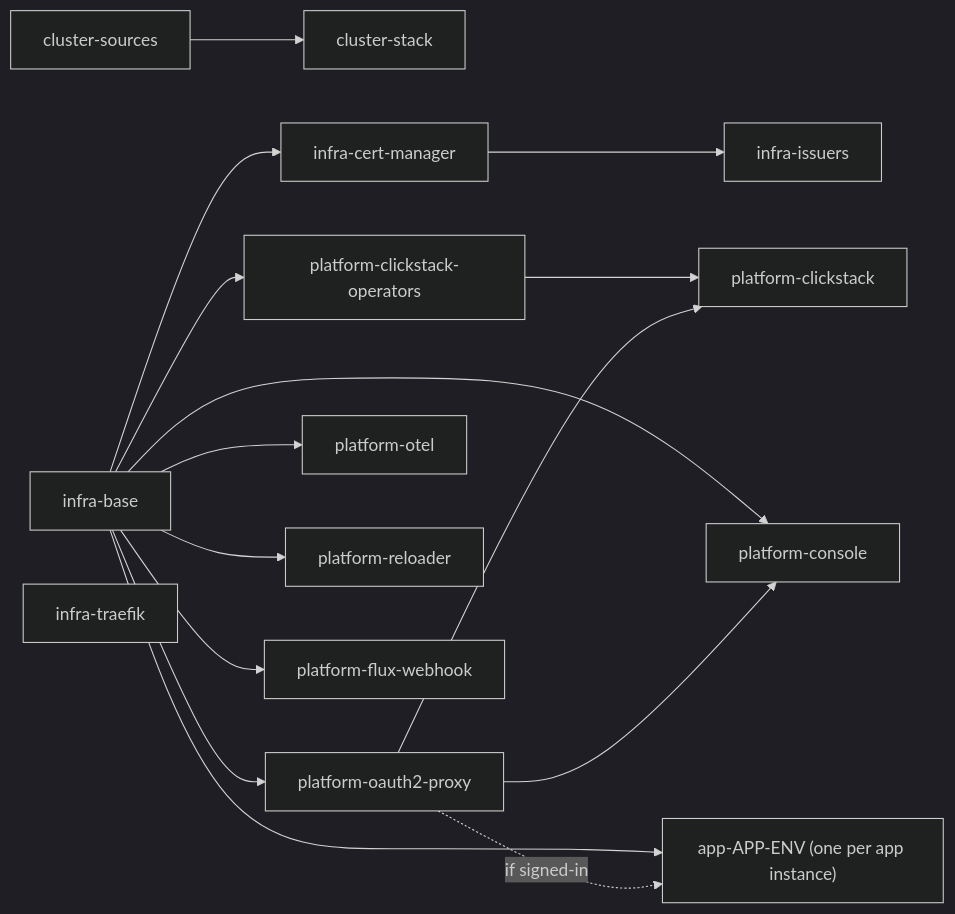
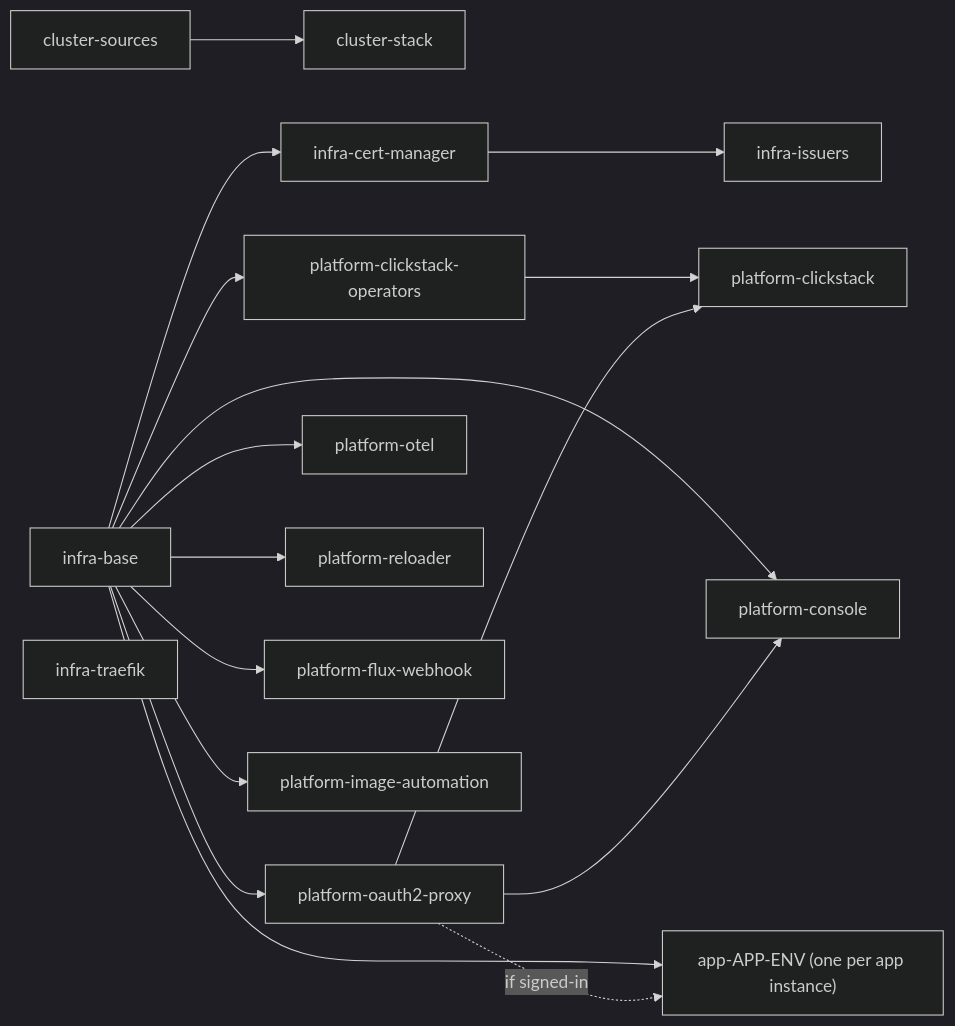
One commit to samclement/swhurl-platform changed the first of 5 diagrams in docs/architecture.md. Above: the diagram before and after it, drawn with Mermaid (dark theme). The commit also changed other lines of this file and 22 other files, not shown here.

First line of the commit message:
feat: Flux image automation deploys template apps to staging

````diff
--- a/docs/architecture.md
+++ b/docs/architecture.md
@@ -32,16 +32,17 @@
 ```mermaid
 flowchart LR
   sources[cluster-sources] --> stack[cluster-stack]
   base[infra-base] --> cm[infra-cert-manager] --> issuers[infra-issuers]
   base --> auth[platform-oauth2-proxy]
   base --> ops[platform-clickstack-operators] --> clickstack[platform-clickstack]
   auth --> clickstack
   base --> otel[platform-otel]
   base --> reloader[platform-reloader]
   base --> webhook[platform-flux-webhook]
+  base --> imageauto[platform-image-automation]
   base --> console[platform-console]
   auth --> console
   traefik[infra-traefik]
   base --> app["app-APP-ENV (one per app instance)"]
   auth -. if signed-in .-> app
 ```
````
